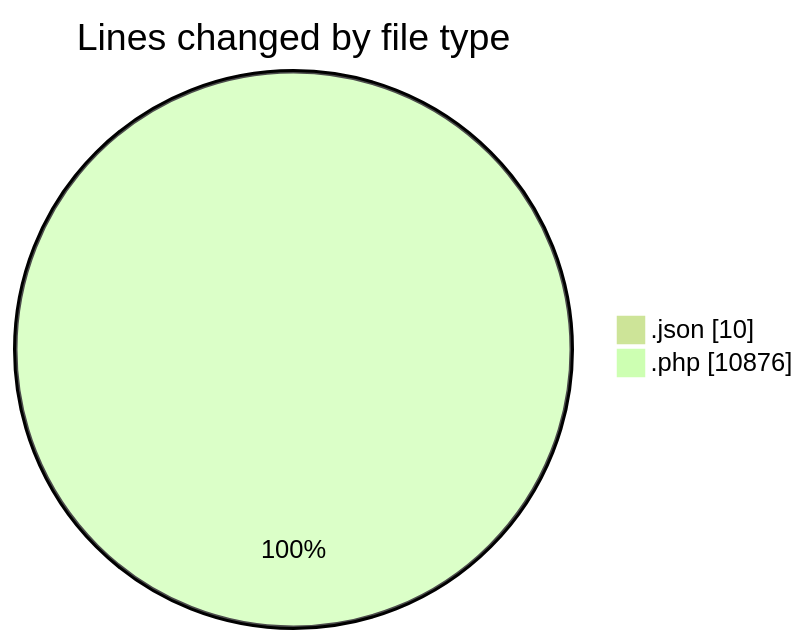
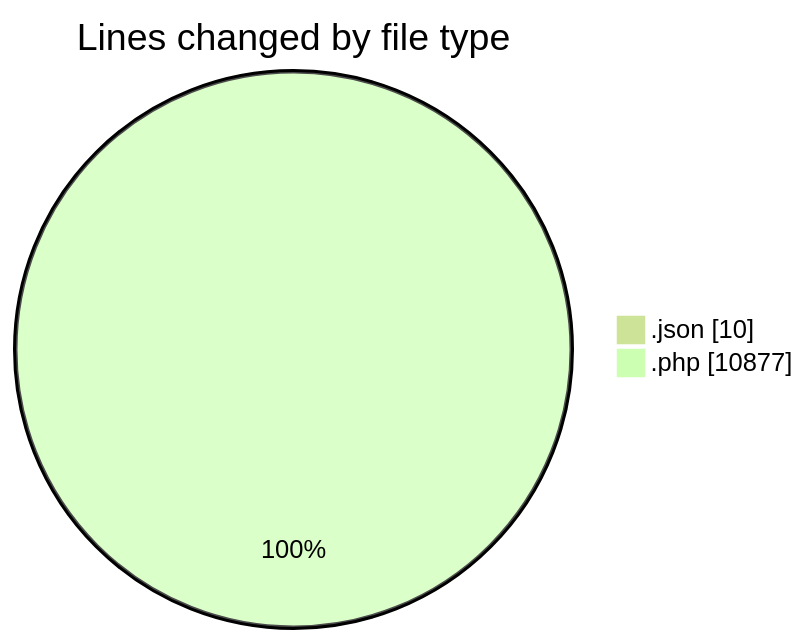
One commit to debugP/code-tracking changed the first of 2 diagrams in 2025-10-16/untitled__workspace_/README.md. Above: the diagram before and after it, drawn with Mermaid (forest theme). The commit also changed other lines of this file and 1 other file, not shown here.

````diff
--- a/2025-10-16/untitled__workspace_/README.md
+++ b/2025-10-16/untitled__workspace_/README.md
@@ -23,6 +23,6 @@
 ```mermaid
 pie showData
 title Lines changed by file type
 ".json" : 10
-".php" : 10876
+".php" : 10877
 ```
````
